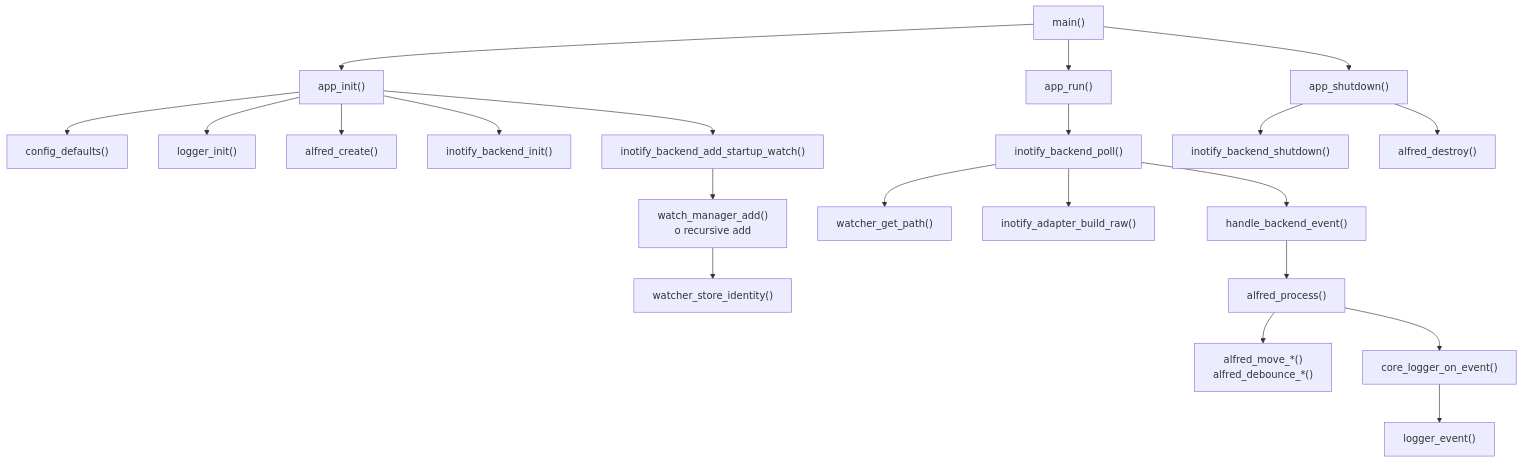
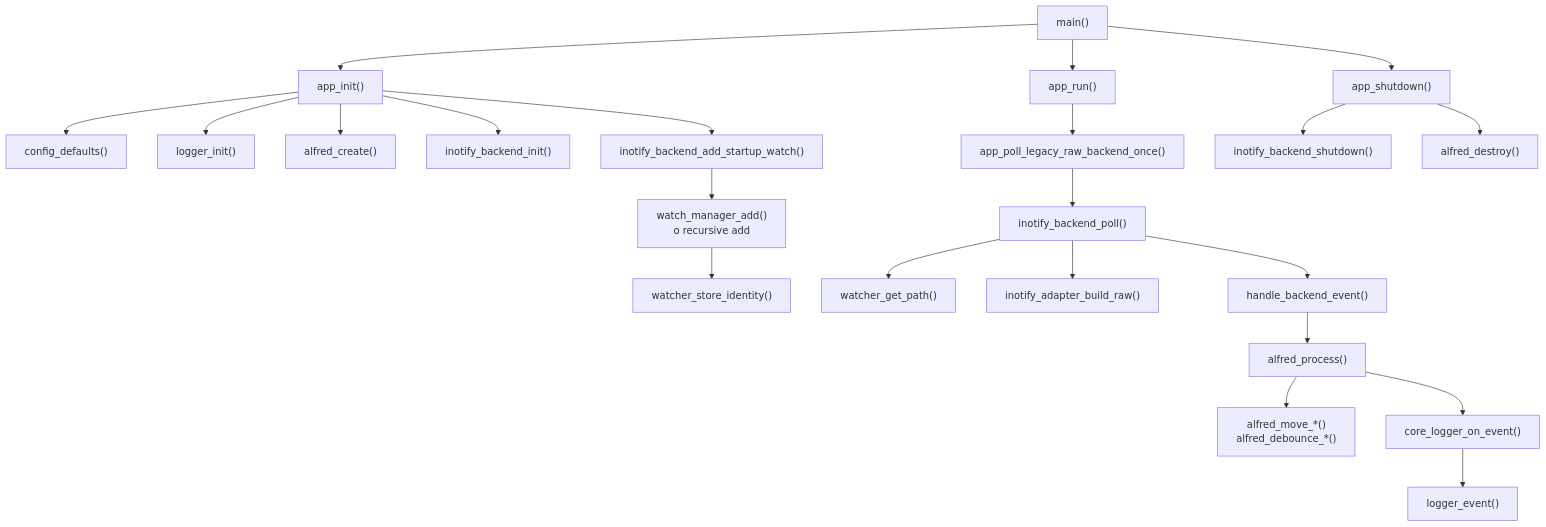
One commit to kinderp/alfred changed the second of 18 diagrams in docs/it/16-mappa-codice-e-strutture.md. Above: the diagram before and after it, drawn with Mermaid. The commit also changed other lines of this file and 4 other files, not shown here.

First line of the commit message:
Isolate app raw poll bridge

````diff
--- a/docs/it/16-mappa-codice-e-strutture.md
+++ b/docs/it/16-mappa-codice-e-strutture.md
@@ -50,23 +50,24 @@
 ```mermaid
 flowchart TD
     A["main()"] --> B["app_init()"]
     B --> C["config_defaults()"]
     B --> D["logger_init()"]
     B --> E["alfred_create()"]
     B --> F["inotify_backend_init()"]
     B --> G["inotify_backend_add_startup_watch()"]
     G --> H["watch_manager_add()<br/>o recursive add"]
     H --> I["watcher_store_identity()"]
     A --> L["app_run()"]
-    L --> M["inotify_backend_poll()"]
+    L --> K["app_poll_legacy_raw_backend_once()"]
+    K --> M["inotify_backend_poll()"]
     M --> N["watcher_get_path()"]
     M --> O["inotify_adapter_build_raw()"]
     M --> P["handle_backend_event()"]
     P --> Q["alfred_process()"]
     Q --> R["alfred_move_*()<br/>alfred_debounce_*()"]
     Q --> S["core_logger_on_event()"]
     S --> T["logger_event()"]
     A --> U["app_shutdown()"]
     U --> V["inotify_backend_shutdown()"]
     U --> Z["alfred_destroy()"]
 ```
````
